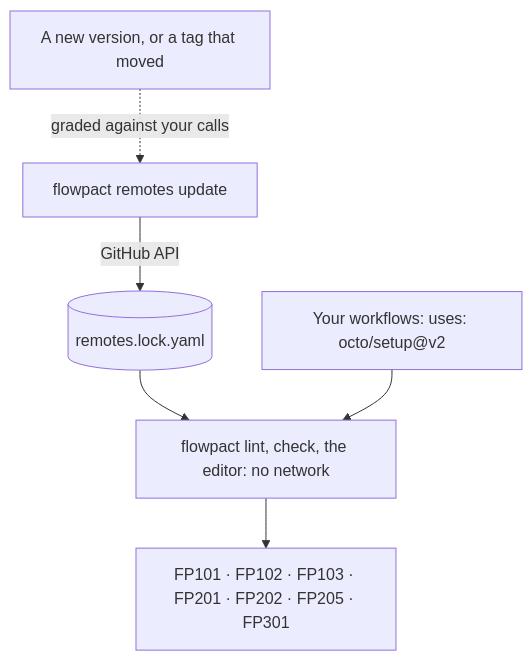
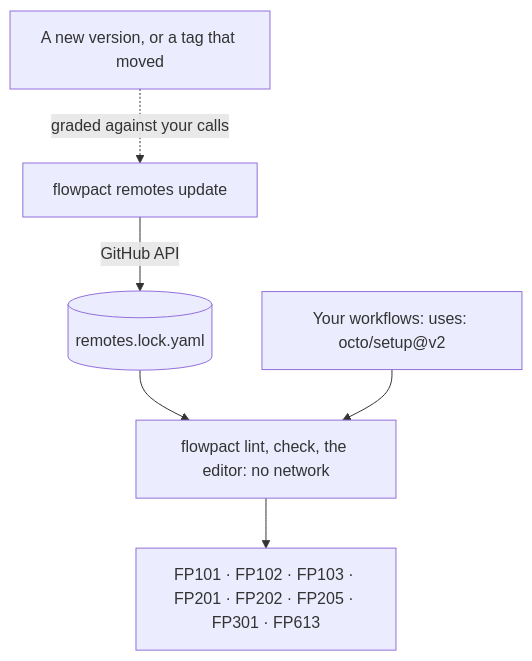
One commit to asml-actions-validation/flowpact changed the diagram in apps/docs/content/docs/(guide)/remote-interfaces.mdx. Above: the diagram before and after it, drawn with Mermaid. The commit also changed other lines of this file and 14 other files, not shown here.

````diff
--- a/apps/docs/content/docs/(guide)/remote-interfaces.mdx
+++ b/apps/docs/content/docs/(guide)/remote-interfaces.mdx
@@ -13,15 +13,15 @@
 ```mermaid
 flowchart TD
   accTitle: From the remote interfaces lockfile to your calls
   U["flowpact remotes update"]
   L[("remotes.lock.yaml")]
   W["Your workflows: uses: octo/setup@v2"]
   LINT["flowpact lint, check, the editor: no network"]
-  F["FP101 · FP102 · FP103 · FP201 · FP202 · FP205 · FP301"]
+  F["FP101 · FP102 · FP103 · FP201 · FP202 · FP205 · FP301 · FP613"]
   B["A new version, or a tag that moved"]
   U -->|"GitHub API"| L
   L --> LINT
   W --> LINT
   LINT --> F
   B -.->|"graded against your calls"| U
 ```
````
